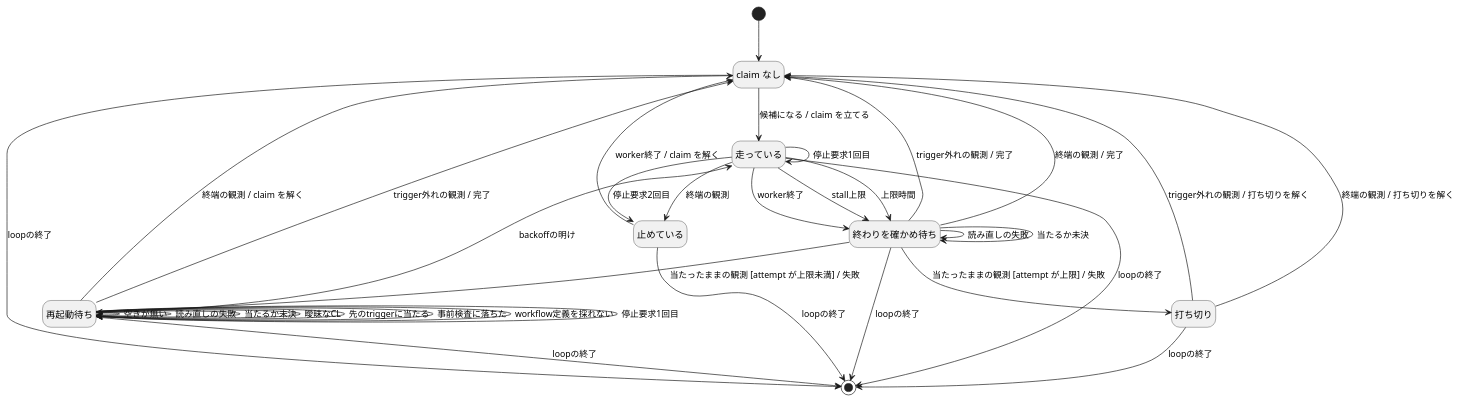
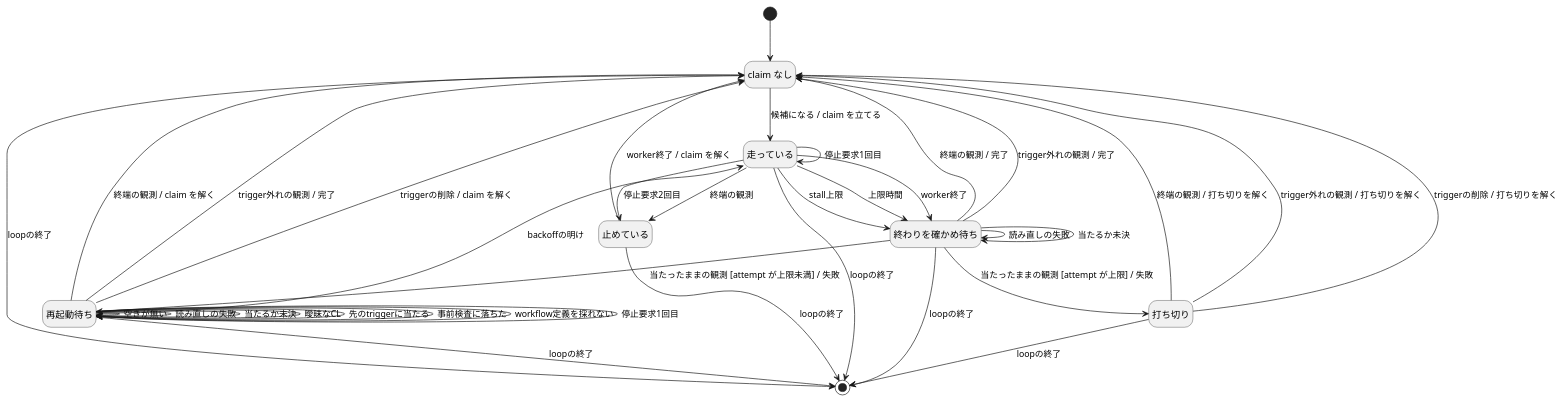
One commit to swat9013/claude-dispatcher changed the diagram in docs/design/statechart.puml. Above: the diagram before and after it, drawn with PlantUML. The commit also changed 2 other files, not shown here.

Commit message:
trigger が workflow 定義から消えたときの遷移を system.md §7 と状態機械図に書く
- system.md §7「失敗の扱い」に、再起動待ちの claim を解く規則と、打ち切りを解く規則を足す
- 走っている・止めている・終わりを確かめ待ちの claim は、claim が持つ trigger で続けると書く
- statechart.puml に出来事 triggerの削除 を足し、6 つの状態の遷移か理由付きの uncovered を置く
- statechart.svg を描き直す

```diff
--- a/docs/design/statechart.puml
+++ b/docs/design/statechart.puml
@@ -1,144 +1,150 @@
 @startuml
 ' claim の状態機械図。作業対象 1 件について、loop の記憶 (claim と打ち切り) が出来事ごとにどう移るかを描く。
 ' 書き方と検査の手順は docs/design/README.md の「claim の状態機械図」が正本。
 hide empty description
 
 state "claim なし" as NoClaim
 state "走っている" as Running
 state "止めている" as Stopping
 state "終わりを確かめ待ち" as AwaitingVerification
 state "再起動待ち" as WaitingRetry
 state "打ち切り" as Abandoned
 
 
 ' --- claim なし ---
 [*] --> NoClaim
 NoClaim --> Running : 候補になる / claim を立てる
 NoClaim --> [*] : loopの終了
 
 ' --- 走っている ---
 Running --> AwaitingVerification : worker終了
 Running --> AwaitingVerification : stall上限
 Running --> AwaitingVerification : 上限時間
 Running --> Stopping : 終端の観測
 Running --> Running : 停止要求1回目
 Running --> Stopping : 停止要求2回目
 Running --> [*] : loopの終了
 
 ' --- 止めている ---
 Stopping --> NoClaim : worker終了 / claim を解く
 Stopping --> [*] : loopの終了
 
 ' --- 終わりを確かめ待ち ---
 AwaitingVerification --> NoClaim : 終端の観測 / 完了
 AwaitingVerification --> NoClaim : trigger外れの観測 / 完了
 AwaitingVerification --> WaitingRetry : 当たったままの観測 [attempt が上限未満] / 失敗
 AwaitingVerification --> Abandoned : 当たったままの観測 [attempt が上限] / 失敗
 AwaitingVerification --> AwaitingVerification : 読み直しの失敗
 AwaitingVerification --> AwaitingVerification : 当たるか未決
 AwaitingVerification --> [*] : loopの終了
 
 ' --- 再起動待ち ---
 WaitingRetry --> Running : backoffの明け
 WaitingRetry --> WaitingRetry : 空きが無い
 WaitingRetry --> WaitingRetry : 読み直しの失敗
 WaitingRetry --> WaitingRetry : 当たるか未決
 WaitingRetry --> WaitingRetry : 曖昧なCL
 WaitingRetry --> WaitingRetry : 先のtriggerに当たる
 WaitingRetry --> WaitingRetry : 事前検査に落ちた
 WaitingRetry --> WaitingRetry : workflow定義を採れない
 WaitingRetry --> WaitingRetry : 停止要求1回目
 WaitingRetry --> NoClaim : 終端の観測 / claim を解く
 WaitingRetry --> NoClaim : trigger外れの観測 / 完了
+WaitingRetry --> NoClaim : triggerの削除 / claim を解く
 WaitingRetry --> [*] : loopの終了
 
 ' --- 打ち切り ---
 Abandoned --> NoClaim : 終端の観測 / 打ち切りを解く
 Abandoned --> NoClaim : trigger外れの観測 / 打ち切りを解く
+Abandoned --> NoClaim : triggerの削除 / 打ち切りを解く
 Abandoned --> [*] : loopの終了
 
 ' --- 意図した未定義 (当てない組み合わせと、その理由) ---
 ' claim なし
 ' uncovered: NoClaim x worker終了 — claim が無いので終わる worker が無い
 ' uncovered: NoClaim x stall上限 — 走っている worker が無い (stall は走っている worker にだけ当てる)
 ' uncovered: NoClaim x 上限時間 — 走っている worker が無い (上限時間は走っている worker にだけ当てる)
 ' uncovered: NoClaim x 終端の観測 — claim も打ち切りも無いので変わる記憶が無い。workspace の掃除は §7 の workspace の規則が扱う
 ' uncovered: NoClaim x trigger外れの観測 — claim も打ち切りも無いので変わる記憶が無い。候補にならないだけ
 ' uncovered: NoClaim x 当たったままの観測 — claim の無い作業対象が当たれば 候補になる で扱う
 ' uncovered: NoClaim x 当たるか未決 — その tick では起動せず、次の tick で候補になれば試み直す (§7 の tick の手順 5)
 ' uncovered: NoClaim x 読み直しの失敗 — 起動の直前の読み直しに失敗した候補はその tick では起動せず、次の tick で候補になれば試み直す (§7 の tick の手順 5)
 ' uncovered: NoClaim x backoffの明け — backoff を待つのは再起動待ちだけ
 ' uncovered: NoClaim x 空きが無い — claim を立てずに起動を見送るだけ。空きは次の tick の評価で回す (§7 の tick の手順 5)
 ' uncovered: NoClaim x 曖昧なCL — 曖昧な CL は CL 側の trigger の対象から外すので、候補にならない (§6)
 ' uncovered: NoClaim x 事前検査に落ちた — 落ちた trigger は評価から外すので、その trigger では候補にならない (§7 の tick の手順 2)
 ' uncovered: NoClaim x workflow定義を採れない — その tick は何も起動しないので、claim は立たない (読めない・文法に合わない: §7 の tick の手順 2。scope key が変わった: §9)
 ' uncovered: NoClaim x 停止要求1回目 — claim が無いので変わる記憶が無い。以後は起動しない (候補になる の条件)
 ' uncovered: NoClaim x 停止要求2回目 — claim が無いので止める worker が無い
 ' uncovered: NoClaim x 先のtriggerに当たる — その tick では起動せず、次の tick の評価が先の trigger で拾う (§7 の tick の手順 5)
+' uncovered: NoClaim x triggerの削除 — claim も打ち切りも無いので変わる記憶が無い。消えた trigger は評価しないので、その trigger では候補にならないだけ
 ' 走っている
 ' uncovered: Running x 候補になる — claim されている作業対象は候補にならない (§4 の候補の定義)
 ' uncovered: Running x trigger外れの観測 — 走っている worker は終端でだけ止める (ADR 0009)
 ' uncovered: Running x 当たったままの観測 — 走っている間の読み直しは終端かどうかだけを見る (ADR 0009)
 ' uncovered: Running x 当たるか未決 — 走っている間の読み直しは終端かどうかだけを見る (ADR 0009)
 ' uncovered: Running x 読み直しの失敗 — 段階は変わらない。error を残し、次の tick の突き合わせで読み直す
 ' uncovered: Running x backoffの明け — backoff を待つのは再起動待ちだけ
 ' uncovered: Running x 空きが無い — 空きを待つのは起動と再起動だけ。走っている worker は既に枠を使っている
 ' uncovered: Running x 曖昧なCL — 走っている worker は終端でだけ止める (ADR 0009)
 ' uncovered: Running x 事前検査に落ちた — 事前検査は起動と再起動だけを止め、走っている worker は止めない
 ' uncovered: Running x workflow定義を採れない — 突き合わせは続け、走っている worker は止めない (§7 の tick の手順 2)
 ' uncovered: Running x 先のtriggerに当たる — 走っている worker は終端でだけ止める (ADR 0009)
+' uncovered: Running x triggerの削除 — 走っている worker は終端でだけ止める (ADR 0009)。claim は起動したときの trigger を持ったまま走らせる (§7)
 ' 止めている
 ' uncovered: Stopping x 候補になる — claim されている作業対象は候補にならない (§4 の候補の定義)
 ' uncovered: Stopping x stall上限 — loop が止めたことを優先し、stall では数えない
 ' uncovered: Stopping x 上限時間 — loop が止めたことを優先し、上限時間では数えない
 ' uncovered: Stopping x 終端の観測 — 止めている worker の作業対象は読み直さず、worker が終わるのを待つ
 ' uncovered: Stopping x trigger外れの観測 — 止めている worker の作業対象は読み直さず、worker が終わるのを待つ
 ' uncovered: Stopping x 当たったままの観測 — 止めている worker の作業対象は読み直さず、worker が終わるのを待つ
 ' uncovered: Stopping x 当たるか未決 — 止めている worker の作業対象は読み直さず、worker が終わるのを待つ
 ' uncovered: Stopping x 読み直しの失敗 — 止めている worker の作業対象は読み直さず、worker が終わるのを待つ
 ' uncovered: Stopping x backoffの明け — backoff を待つのは再起動待ちだけ
 ' uncovered: Stopping x 空きが無い — 空きを待つのは起動と再起動だけ
 ' uncovered: Stopping x 曖昧なCL — 止めている worker の作業対象は読み直さず、worker が終わるのを待つ
 ' uncovered: Stopping x 事前検査に落ちた — 既に止めているので、起動を止める検査は関わらない
 ' uncovered: Stopping x workflow定義を採れない — 既に止めているので、起動を止める検査は関わらない
 ' uncovered: Stopping x 停止要求1回目 — 既に止めている
 ' uncovered: Stopping x 停止要求2回目 — 既に止めている
 ' uncovered: Stopping x 先のtriggerに当たる — 止めている worker の作業対象は読み直さず、worker が終わるのを待つ
+' uncovered: Stopping x triggerの削除 — 止めている worker は trigger を見ずに終わるのを待ち、終われば claim を解く
 ' 終わりを確かめ待ち
 ' uncovered: AwaitingVerification x 候補になる — claim されている作業対象は候補にならない (§4 の候補の定義)
 ' uncovered: AwaitingVerification x worker終了 — worker は既に終わっている
 ' uncovered: AwaitingVerification x stall上限 — worker は既に終わっている
 ' uncovered: AwaitingVerification x 上限時間 — worker は既に終わっている
 ' uncovered: AwaitingVerification x backoffの明け — backoff を待つのは再起動待ちだけ
 ' uncovered: AwaitingVerification x 空きが無い — 確かめは worker を起動しないので、空きを要さない
 ' uncovered: AwaitingVerification x 曖昧なCL — 確かめは作業対象 1 件の読み直しで決め、open な一覧でしか決まらない曖昧さを見ない
 ' uncovered: AwaitingVerification x 事前検査に落ちた — 確かめは読み直しの結果で決まり、起動を伴わない
 ' uncovered: AwaitingVerification x workflow定義を採れない — 確かめ直しは workflow 定義の読み直しより先に撃つので、その結果に左右されない
 ' uncovered: AwaitingVerification x 停止要求1回目 — 段階は変わらない。停止要求の後は tick を撃たないので確かめ直さず、loopの終了 で消える
 ' uncovered: AwaitingVerification x 停止要求2回目 — 止める worker が無い。loopの終了 で消える
 ' uncovered: AwaitingVerification x 先のtriggerに当たる — 確かめは起動した trigger から外れたかだけを見る
+' uncovered: AwaitingVerification x triggerの削除 — 確かめは claim が持つ起動したときの trigger の述語で決め、workflow 定義から引き直さない (§7)。失敗と数えた後の再起動待ちか打ち切りで、消えたことが効く
 ' 再起動待ち
 ' uncovered: WaitingRetry x 候補になる — claim されている作業対象は候補にならない (§4 の候補の定義)
 ' uncovered: WaitingRetry x worker終了 — worker は走っていない
 ' uncovered: WaitingRetry x stall上限 — worker は走っていない
 ' uncovered: WaitingRetry x 上限時間 — worker は走っていない
 ' uncovered: WaitingRetry x 当たったままの観測 — 当たったままであることは backoffの明け で再起動する条件として読む
 ' uncovered: WaitingRetry x 停止要求2回目 — 止める worker が無い。loopの終了 で消える
 ' 打ち切り
 ' uncovered: Abandoned x 候補になる — 打ち切った作業対象は、どの trigger に当たっても起動しない (§7)
 ' uncovered: Abandoned x worker終了 — worker は走っていない
 ' uncovered: Abandoned x stall上限 — worker は走っていない
 ' uncovered: Abandoned x 上限時間 — worker は走っていない
 ' uncovered: Abandoned x 当たったままの観測 — 打ち切りを保つ。外れたのを観測するまで解かない (§7)
 ' uncovered: Abandoned x 当たるか未決 — 外れたとは数えず、打ち切りを保つ
 ' uncovered: Abandoned x 読み直しの失敗 — 打ち切りを保ち、次の tick で確かめ直す
 ' uncovered: Abandoned x backoffの明け — 打ち切りは再起動を予定しない
 ' uncovered: Abandoned x 空きが無い — 打ち切りは起動を待たない
 ' uncovered: Abandoned x 曖昧なCL — 曖昧になったことでは打ち切りを解かない。古い一覧で曖昧に見えただけで解けるため
 ' uncovered: Abandoned x 事前検査に落ちた — 打ち切りを解く判定は trigger の述語で行い、事前検査の結果を見ない
 ' uncovered: Abandoned x workflow定義を採れない — その tick は打ち切りを解く判定を撃たず、打ち切りを保つ
 ' uncovered: Abandoned x 停止要求1回目 — 打ち切りは loopの終了 まで残る
 ' uncovered: Abandoned x 停止要求2回目 — 打ち切りは loopの終了 まで残る
 ' uncovered: Abandoned x 先のtriggerに当たる — 打ち切った作業対象は、どの trigger に当たっても起動しない (§7)
 
 @enduml
```
